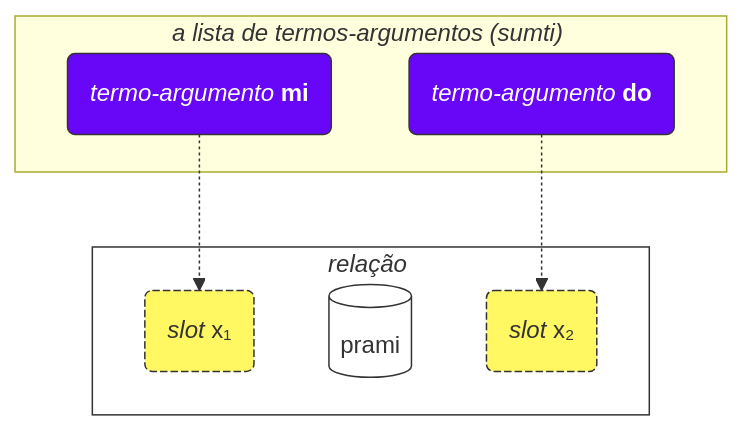
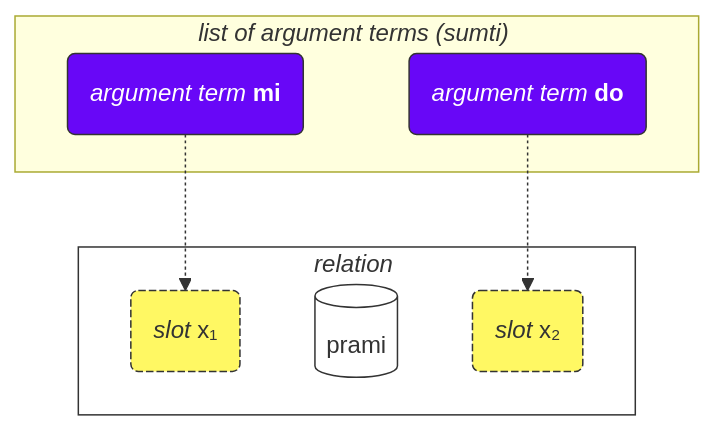
One commit to La-Lojban/lojban.pw changed the first of 2 diagrams in data/pages/pt/books/learn-lojban/!2.md. Above: the diagram before and after it, drawn with Mermaid. The commit also changed other lines of this file and 26 other files, not shown here.

````diff
--- a/data/pages/pt/books/learn-lojban/!2.md
+++ b/data/pages/pt/books/learn-lojban/!2.md
@@ -65,29 +87,29 @@
 ```mermaid
 flowchart TB
     %%common settings
-    subgraph bridi["<i>relação</i>#nbsp;"]
+    subgraph bridi["<i>relation</i>#nbsp;"]
         x1("<i>slot</i> x#8321;")
         selbri
         x2("<i>slot</i> x#8322;")
     end
-    subgraph sumti["<i>a lista de termos-argumentos (sumti)</i>#nbsp;"]
+    subgraph sumti["<i>list of argument terms (sumti)</i>#nbsp;"]
         s1-.->x1
         s2-.->x2
     end
     classDef s fill:#6807F7,stroke:#333,stroke-width:1px,color:#fff;
     class s1 s;
     class s2 s;
     classDef x fill:#FFF863,stroke:#333,stroke-width:1px,stroke-dasharray: 5 2;
     class x1 x;
     class x2 x;
     classDef blabi fill:#fff,stroke:#333;
     class selbri blabi;
     class bridi blabi;
 
     %% input your sumti:
-    s1("<i>termo-argumento</i> <b>mi</b>")
-    s2("<i>termo-argumento</i> <b>do</b>")
+    s1("<i>argument term</i> <b>mi</b>")
+    s2("<i>argument term</i> <b>do</b>")
     %% input your selbri
     selbri[(prami)]
 
 ```
````
